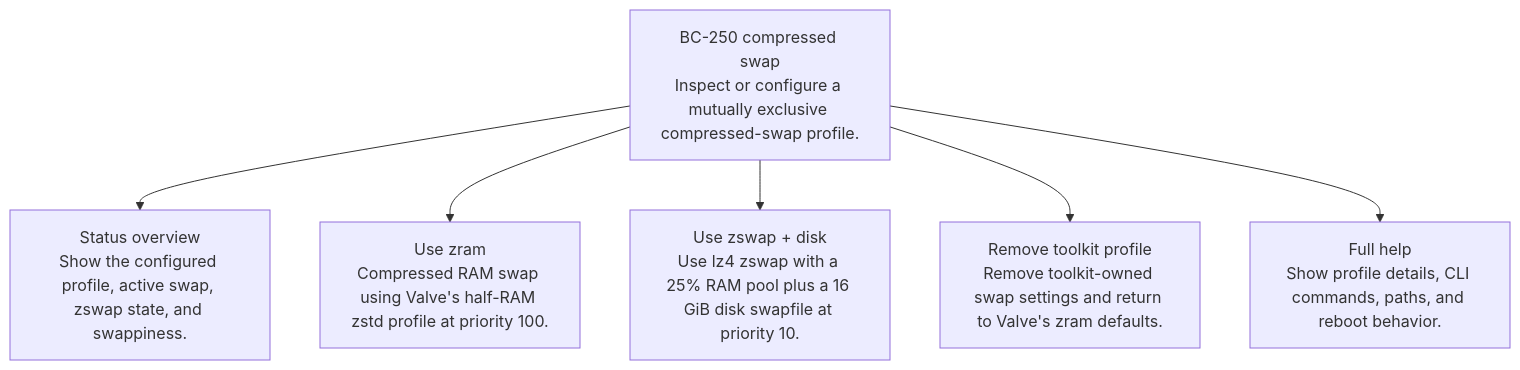
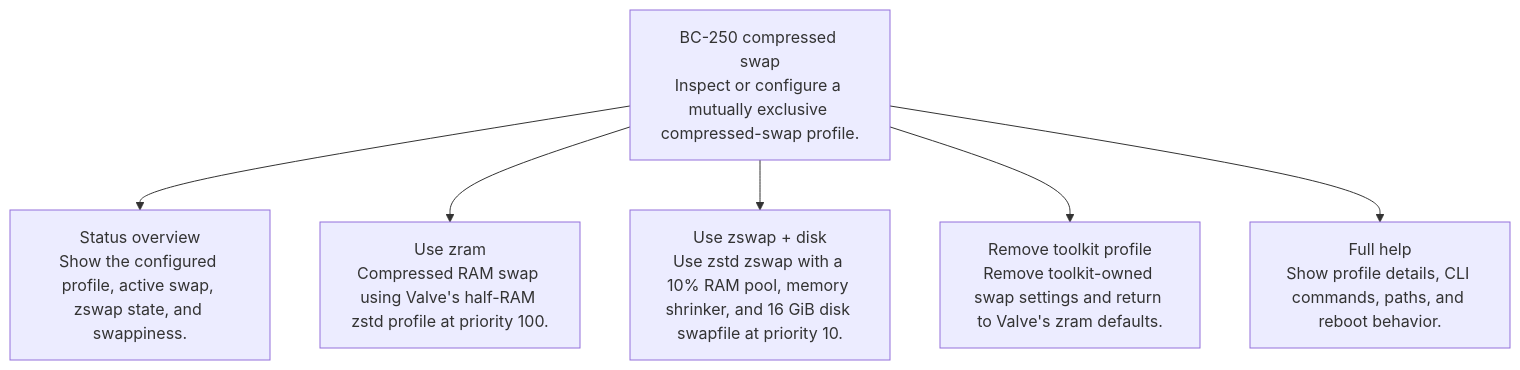
One commit to keyboardspecialist/bc250-steamos changed the diagram in menus/swap.mmd. Above: the diagram before and after it, drawn with Mermaid. The commit also changed 8 other files, not shown here.

```diff
--- a/menus/swap.mmd
+++ b/menus/swap.mmd
@@ -1,15 +1,15 @@
 %% menu-flow-v1
 flowchart TD
 
 menu__root["BC-250 compressed swap<br/>Inspect or configure a mutually exclusive compressed-swap profile."]:::root
 action__status["Status overview<br/>Show the configured profile, active swap, zswap state, and swappiness."]:::read_only
 action__zram["Use zram<br/>Compressed RAM swap using Valve's half-RAM zstd profile at priority 100."]:::install
-action__zswap["Use zswap + disk<br/>Use lz4 zswap with a 25% RAM pool plus a 16 GiB disk swapfile at priority 10."]:::install
+action__zswap["Use zswap + disk<br/>Use zstd zswap with a 10% RAM pool, memory shrinker, and 16 GiB disk swapfile at priority 10."]:::install
 action__remove["Remove toolkit profile<br/>Remove toolkit-owned swap settings and return to Valve's zram defaults."]:::cleanup
 action__help["Full help<br/>Show profile details, CLI commands, paths, and reboot behavior."]:::read_only
 
 menu__root --> action__status
 menu__root --> action__zram
 menu__root --> action__zswap
 menu__root --> action__remove
 menu__root --> action__help
```
